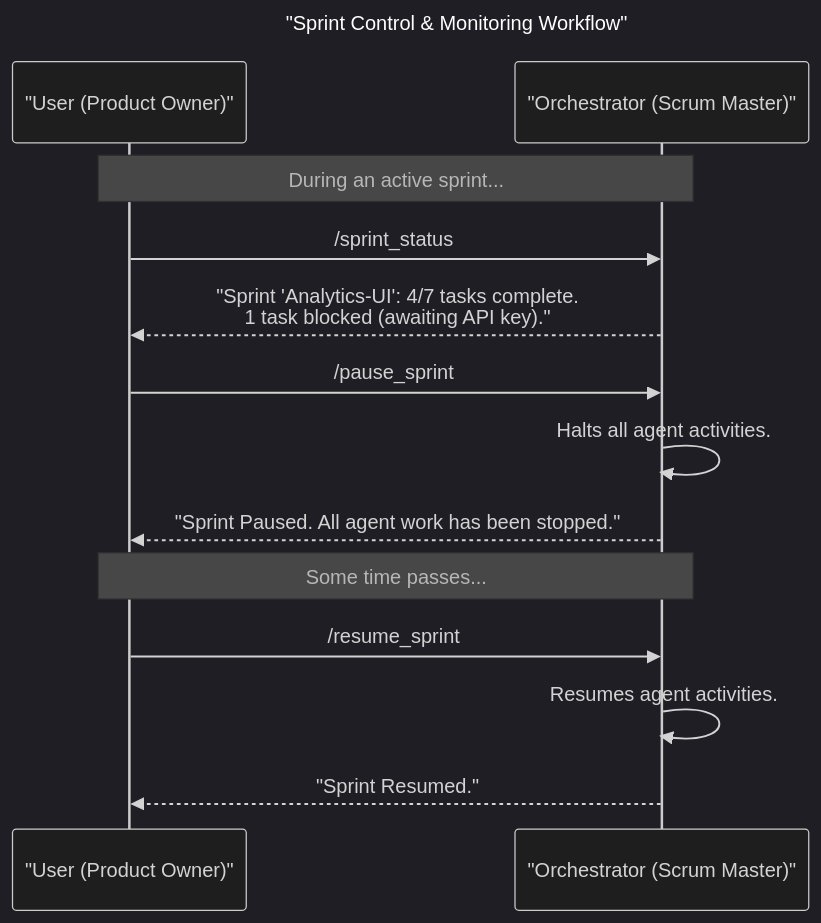
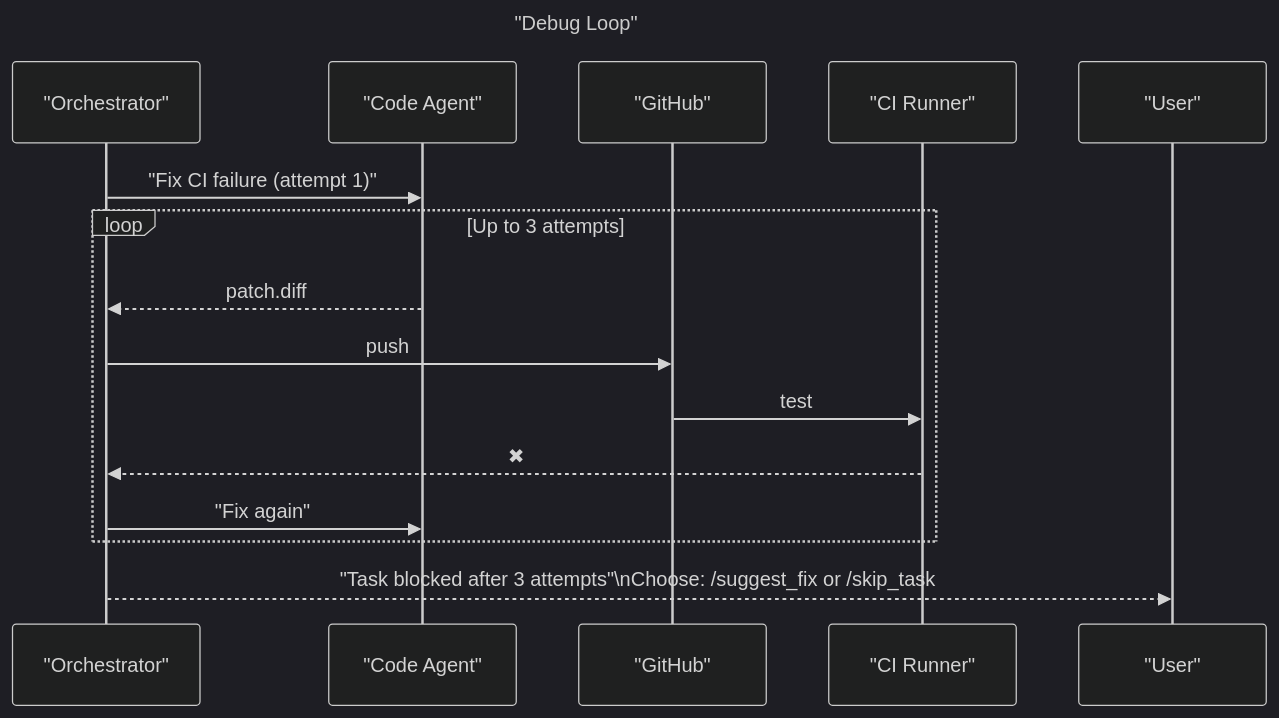
One commit to jmontp/agent-workflow changed the fourth of 4 diagrams in sequence_diagram.md. Above: the diagram before and after it, drawn with Mermaid. The commit also changed other lines of this file and 4 other files, not shown here.

Commit message:
Refactor HITL commands and sequence diagrams for research mode, and fix Mermaid syntax

````diff
--- a/sequence_diagram.md
+++ b/sequence_diagram.md
@@ -166,23 +124,22 @@
 ```mermaid
-%%{init: {'theme': 'dark', 'themeVariables': { 'primaryColor': '#42a5f5', 'mainBkg': '#1e1e1e', 'textColor': '#ffffff'}}}%%
+%%{init: {'theme': 'dark'}}%%
 sequenceDiagram
-    title "Sprint Control & Monitoring Workflow"
+    title "Debug Loop"
 
-    participant U as "User (Product Owner)"
-    participant BOT as "Orchestrator (Scrum Master)"
-    
-    Note over U, BOT: During an active sprint...
+    participant BOT as "Orchestrator"
+    participant DEV as "Code Agent"
+    participant GH as "GitHub"
+    participant CI as "CI Runner"
+    participant U as "User"
 
-    U->>BOT: /sprint_status
-    BOT-->>U: "Sprint 'Analytics-UI': 4/7 tasks complete.<br/>1 task blocked (awaiting API key)."
-    
-    U->>BOT: /pause_sprint
-    BOT->>BOT: Halts all agent activities.
-    BOT-->>U: "Sprint Paused. All agent work has been stopped."
+    BOT->>DEV: "Fix CI failure (attempt 1)"
+    loop Up to 3 attempts
+        DEV-->>BOT: patch.diff
+        BOT->>GH: push
+        GH->>CI: test
+        CI-->>BOT: ✖
+        BOT->>DEV: "Fix again"
+    end
 
-    Note over U, BOT: Some time passes...
-
-    U->>BOT: /resume_sprint
-    BOT->>BOT: Resumes agent activities.
-    BOT-->>U: "Sprint Resumed."
+    BOT-->>U: "Task blocked after 3 attempts"\nChoose: /suggest_fix or /skip_task
 ```
````
